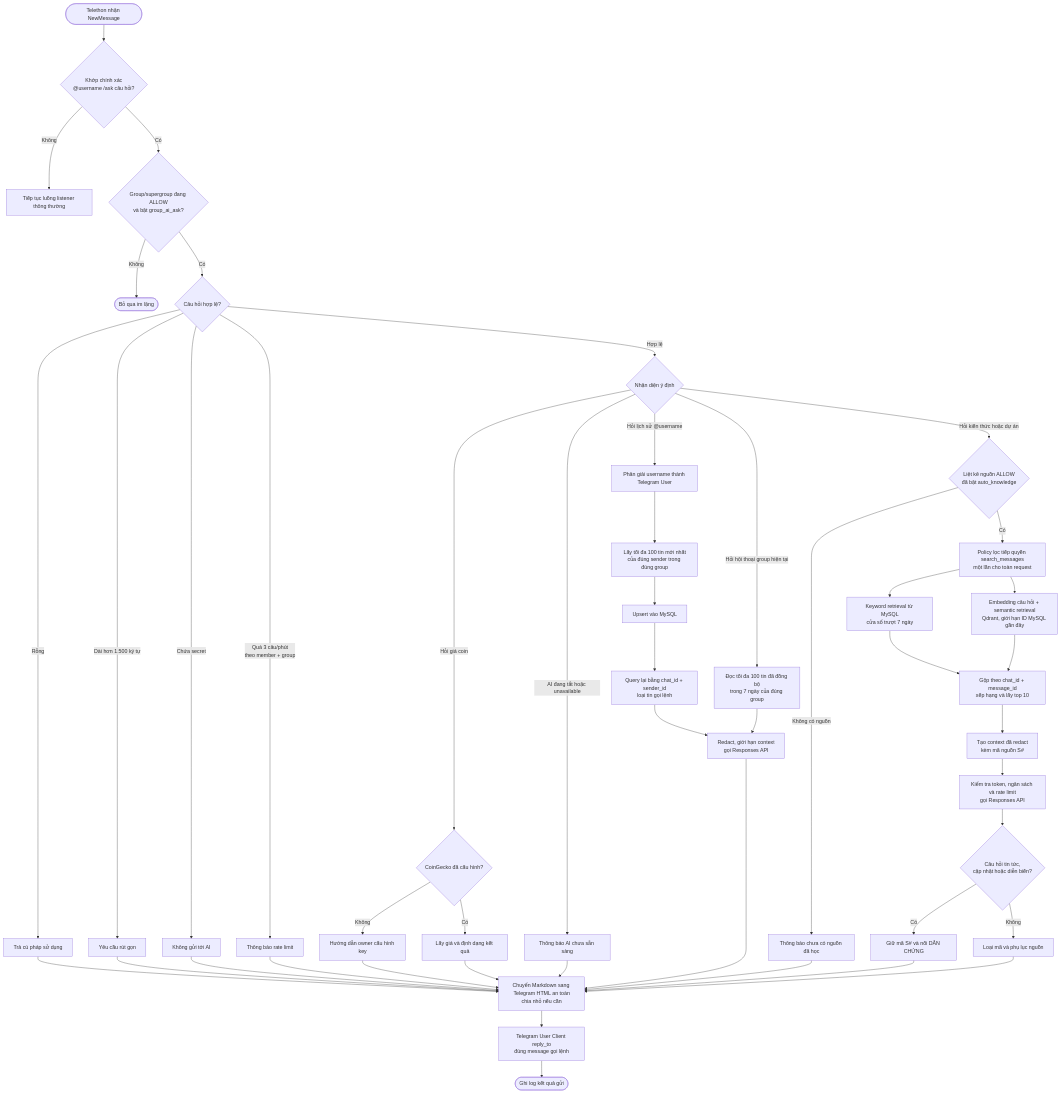
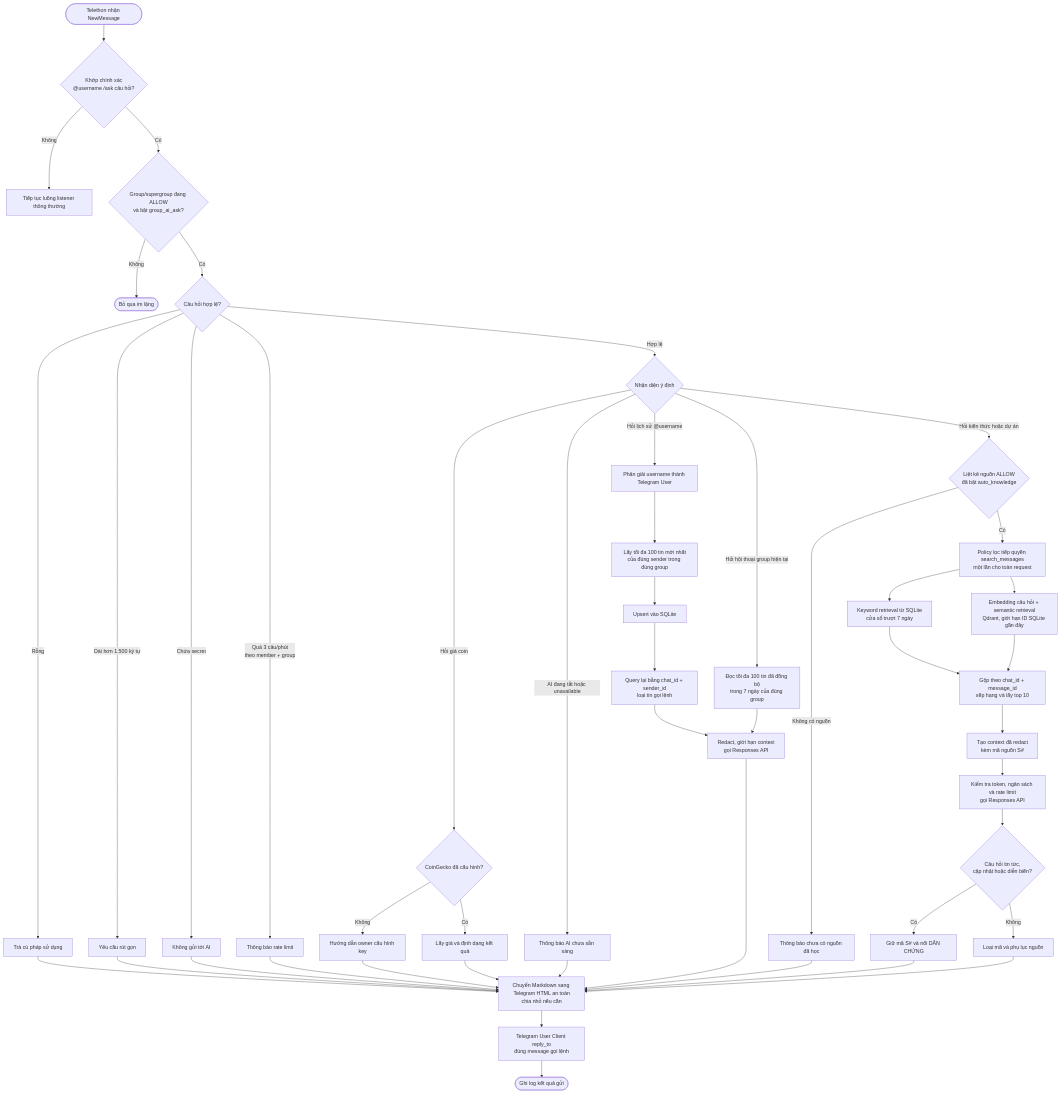
The fifth of 8 diagrams in ACTIVITY_DIAGRAM.md (NyanBUIDL/telegram-ai-personal-assistant), drawn with Mermaid before and after one commit. The commit also changed other lines of this file and 132 other files, not shown here.

````diff
--- a/ACTIVITY_DIAGRAM.md
+++ b/ACTIVITY_DIAGRAM.md
@@ -211,54 +211,54 @@
 ```mermaid
 flowchart TD
     g0(["Telethon nhận NewMessage"]) --> parse{"Khớp chính xác<br/>@username /ask câu hỏi?"}
     parse -->|"Không"| listener["Tiếp tục luồng listener thông thường"]
     parse -->|"Có"| authorized{"Group/supergroup đang ALLOW<br/>và bật group_ai_ask?"}
     authorized -->|"Không"| silent(["Bỏ qua im lặng"])
     authorized -->|"Có"| valid{"Câu hỏi hợp lệ?"}
     valid -->|"Rỗng"| usage["Trả cú pháp sử dụng"]
     valid -->|"Dài hơn 1.500 ký tự"| too_long["Yêu cầu rút gọn"]
     valid -->|"Chứa secret"| secret["Không gửi tới AI"]
     valid -->|"Quá 3 câu/phút<br/>theo member + group"| limited["Thông báo rate limit"]
     valid -->|"Hợp lệ"| route{"Nhận diện ý định"}
 
     route -->|"Hỏi giá coin"| coin_ready{"CoinGecko đã cấu hình?"}
     coin_ready -->|"Không"| coin_config["Hướng dẫn owner cấu hình key"]
     coin_ready -->|"Có"| coin_api["Lấy giá và định dạng kết quả"]
 
     route -->|"AI đang tắt hoặc unavailable"| ai_off["Thông báo AI chưa sẵn sàng"]
     route -->|"Hỏi lịch sử @username"| sender["Phân giải username thành Telegram User"]
     sender --> sender_sync["Lấy tối đa 100 tin mới nhất<br/>của đúng sender trong đúng group"]
-    sender_sync --> sender_mysql["Upsert vào MySQL"]
+    sender_sync --> sender_mysql["Upsert vào SQLite"]
     sender_mysql --> sender_context["Query lại bằng chat_id + sender_id<br/>loại tin gọi lệnh"]
     sender_context --> answer_rows["Redact, giới hạn context<br/>gọi Responses API"]
 
     route -->|"Hỏi hội thoại group hiện tại"| local_group["Đọc tối đa 100 tin đã đồng bộ<br/>trong 7 ngày của đúng group"]
     local_group --> answer_rows
 
     route -->|"Hỏi kiến thức hoặc dự án"| learned{"Liệt kê nguồn ALLOW<br/>đã bật auto_knowledge"}
     learned -->|"Không có nguồn"| no_source["Thông báo chưa có nguồn đã học"]
     learned -->|"Có"| rag_auth["Policy lọc tiếp quyền search_messages<br/>một lần cho toàn request"]
-    rag_auth --> keyword["Keyword retrieval từ MySQL<br/>cửa sổ trượt 7 ngày"]
-    rag_auth --> semantic["Embedding câu hỏi + semantic retrieval<br/>Qdrant, giới hạn ID MySQL gần đây"]
+    rag_auth --> keyword["Keyword retrieval từ SQLite<br/>cửa sổ trượt 7 ngày"]
+    rag_auth --> semantic["Embedding câu hỏi + semantic retrieval<br/>Qdrant, giới hạn ID SQLite gần đây"]
     keyword --> merge["Gộp theo chat_id + message_id<br/>xếp hạng và lấy top 10"]
     semantic --> merge
     merge --> context["Tạo context đã redact<br/>kèm mã nguồn S#"]
     context --> ai["Kiểm tra token, ngân sách và rate limit<br/>gọi Responses API"]
     ai --> citations{"Câu hỏi tin tức,<br/>cập nhật hoặc diễn biến?"}
     citations -->|"Có"| with_source["Giữ mã S# và nối DẪN CHỨNG"]
     citations -->|"Không"| without_source["Loại mã và phụ lục nguồn"]
 
     usage --> deliver
     too_long --> deliver
     secret --> deliver
     limited --> deliver
     coin_config --> deliver
     coin_api --> deliver
     ai_off --> deliver
     no_source --> deliver
     answer_rows --> deliver
     with_source --> deliver
     without_source --> deliver["Chuyển Markdown sang Telegram HTML an toàn<br/>chia nhỏ nếu cần"]
     deliver --> reply["Telegram User Client reply_to<br/>đúng message gọi lệnh"]
     reply --> done(["Ghi log kết quả gửi"])
 ```
````
